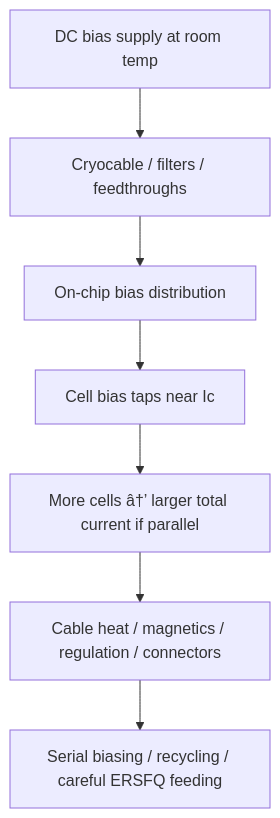
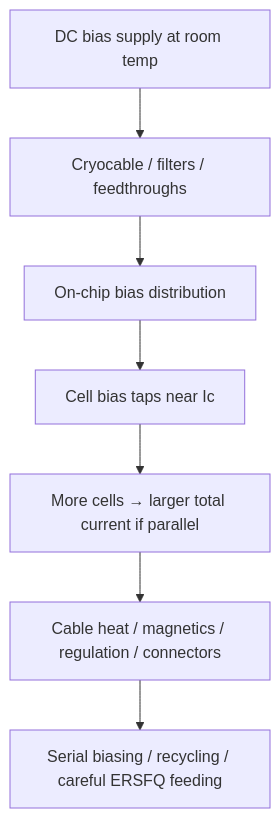
One commit to Single-Flux-Quantum/sfq-learn-public changed the first of 2 diagrams in docs/bridge/dc-bias-current-delivery.md. Above: the diagram before and after it, drawn with Mermaid. The commit also changed other lines of this file and 39 other files, not shown here.

````diff
--- a/docs/bridge/dc-bias-current-delivery.md
+++ b/docs/bridge/dc-bias-current-delivery.md
@@ -89,9 +89,9 @@
 ```mermaid
 flowchart TD
   Supply[DC bias supply at room temp] --> Cable[Cryocable / filters / feedthroughs]
   Cable --> Net[On-chip bias distribution]
   Net --> Taps[Cell bias taps near Ic]
-  Taps --> Scale[More cells â†’ larger total current if parallel]
+  Taps --> Scale[More cells → larger total current if parallel]
   Scale --> Pain[Cable heat / magnetics / regulation / connectors]
   Pain --> Tricks[Serial biasing / recycling / careful ERSFQ feeding]
 ```
````
